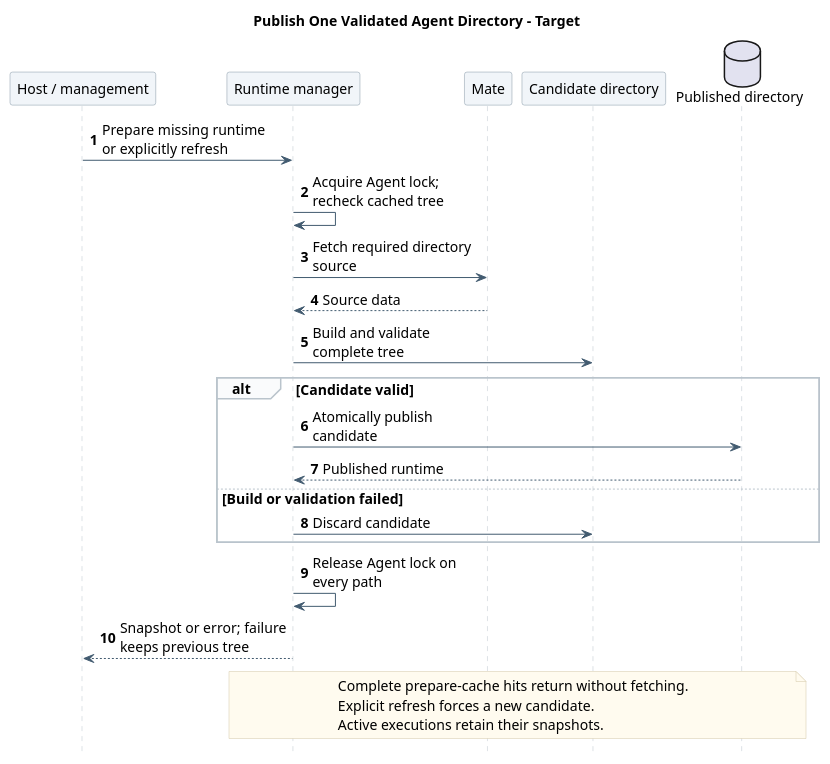
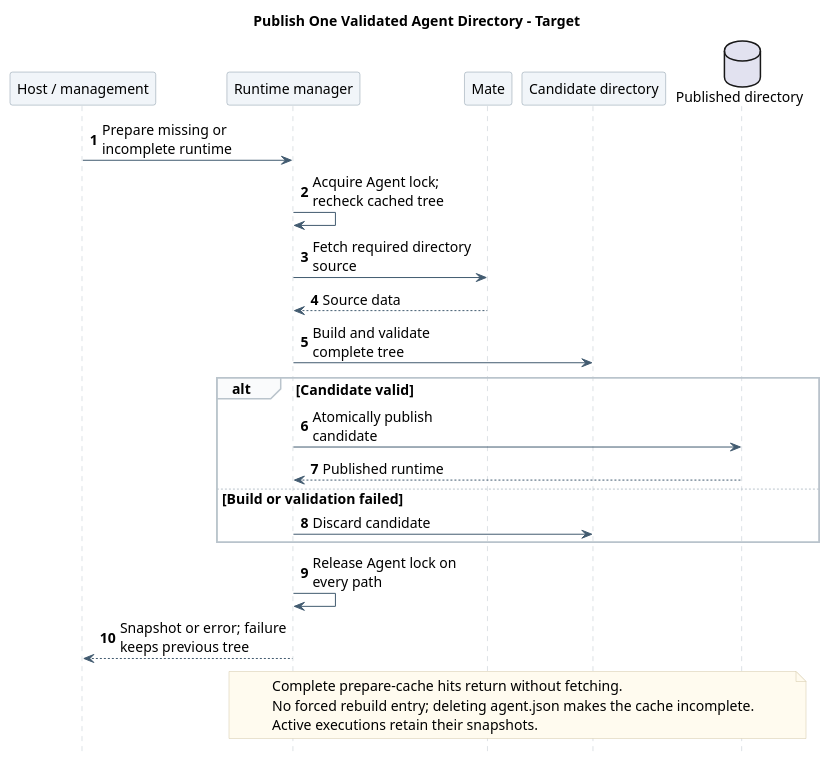
Before and after one commit to ssm0808/pi-mono-java-design: the fifth of 13 diagrams in 01-总体架构/02-CampusClaw工具系统/diagram.puml, drawn with PlantUML. The commit also changed other lines of this file and 18 other files, not shown here.

First line of the commit message:
docs(runtime): 删除受管目录 refresh 描述

```diff
--- a/01-总体架构/02-CampusClaw工具系统/diagram.puml
+++ b/01-总体架构/02-CampusClaw工具系统/diagram.puml
@@ -303,51 +303,51 @@
-@startuml managed_runtime_refresh
+@startuml managed_runtime_publish
 ' Source evidence (CampusClaw d649866):
 ' modules/coding-agent-cli/src/main/java/com/campusclaw/codingagent/runtime/AgentRuntimeManager.java:
 ' prepare, materialize, isRuntimeComplete
 ' Observed behavior: current materialization writes the managed tree directly and
 ' generates references/tools.json.
-' Design reason: candidate-tree publication prevents partial reads; explicit
-' management refresh changes only future sessions and never tool configuration.
+' Design reason: candidate-tree publication prevents partial reads; a rebuild
+' changes only future sessions and never tool configuration. refresh was removed (no production caller).
 ' Presentation: one responsibility-level scenario; implementation details remain in the linked document.
 skinparam backgroundColor white
 skinparam defaultFontName SansSerif
 skinparam defaultFontSize 14
 skinparam shadowing false
 skinparam sequenceMessageAlign left
 skinparam maxMessageSize 180
 skinparam sequenceArrowColor #425B70
 skinparam sequenceLifeLineBorderColor #BAC4CC
 skinparam sequenceParticipantBackgroundColor #F1F5F9
 skinparam sequenceParticipantBorderColor #8496A4
 skinparam sequenceGroupBackgroundColor #FAFBFC
 skinparam sequenceGroupBorderColor #BAC4CC
 skinparam noteBackgroundColor #FFFBEF
 skinparam noteBorderColor #D2C6A5
 hide footbox
 autonumber
 
 title Publish One Validated Agent Directory - Target
 participant "Host / management" as Caller
 participant "Runtime manager" as Manager
 participant Mate
 participant "Candidate directory" as Candidate
 database "Published directory" as Published
-Caller -> Manager : Prepare missing runtime or explicitly refresh
+Caller -> Manager : Prepare missing or incomplete runtime
 Manager -> Manager : Acquire Agent lock; recheck cached tree
 Manager -> Mate : Fetch required directory source
 Mate --> Manager : Source data
 Manager -> Candidate : Build and validate complete tree
 alt Candidate valid
   Manager -> Published : Atomically publish candidate
   Published --> Manager : Published runtime
 else Build or validation failed
   Manager -> Candidate : Discard candidate
 end
 Manager -> Manager : Release Agent lock on every path
 Manager --> Caller : Snapshot or error; failure keeps previous tree
 note over Manager,Published
   Complete prepare-cache hits return without fetching.
-  Explicit refresh forces a new candidate.
+  No forced rebuild entry; deleting agent.json makes the cache incomplete.
   Active executions retain their snapshots.
 end note
 @enduml
```
